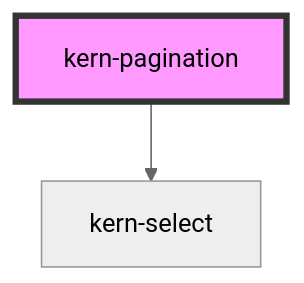
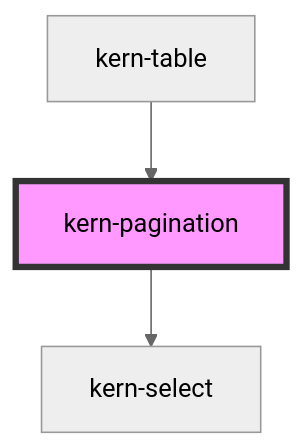
Before and after one commit to yfridelance/kern: the diagram in src/components/kern-pagination/readme.md, drawn with Mermaid (neutral theme). The commit also changed other lines of this file and 7 other files, not shown here.

First line of the commit message:
kern-table: optionale Pagination (internal/external)

````diff
--- a/src/components/kern-pagination/readme.md
+++ b/src/components/kern-pagination/readme.md
@@ -84,5 +88,6 @@
 ```mermaid
 graph TD;
   kern-pagination --> kern-select
+  kern-table --> kern-pagination
   style kern-pagination fill:#f9f,stroke:#333,stroke-width:4px
 ```
````
